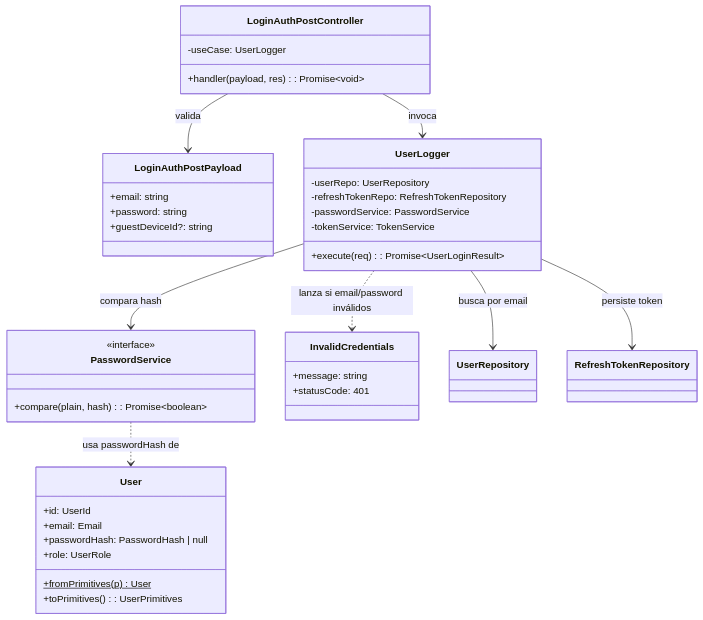
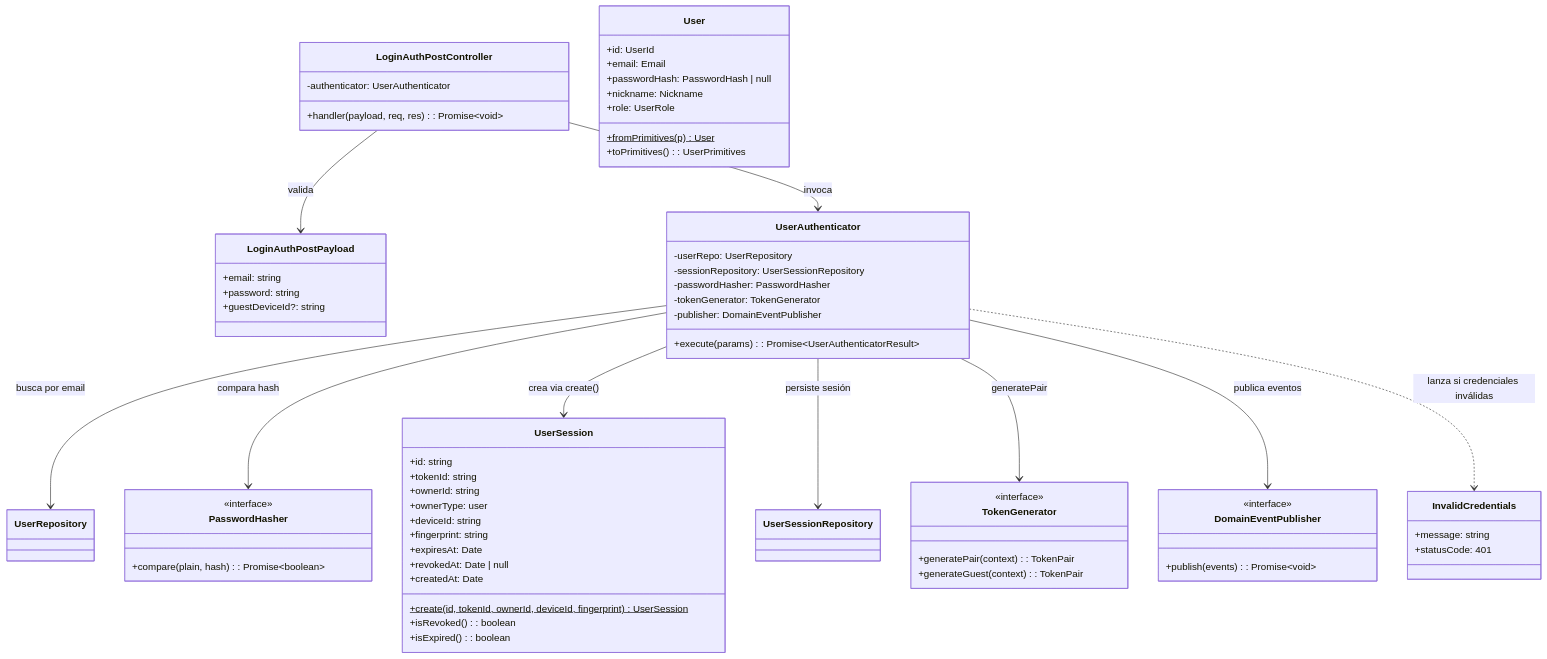
The diagram in docs/apps/api/identity/login/classes.md (AbrahamVilchesDeLaCruz/ididntcatchthat), drawn with Mermaid before and after one commit. The commit also changed 184 other files, not shown here.

````diff
--- a/docs/apps/api/identity/login/classes.md
+++ b/docs/apps/api/identity/login/classes.md
@@ -5,48 +5,78 @@
 ```mermaid
 classDiagram
     class LoginAuthPostController {
-        -useCase: UserLogger
-        +handler(payload, res): Promise~void~
+        -authenticator: UserAuthenticator
+        +handler(payload, req, res): Promise~void~
     }
 
     class LoginAuthPostPayload {
         +email: string
         +password: string
         +guestDeviceId?: string
     }
 
-    class UserLogger {
+    class UserAuthenticator {
         -userRepo: UserRepository
-        -refreshTokenRepo: RefreshTokenRepository
-        -passwordService: PasswordService
-        -tokenService: TokenService
-        +execute(req): Promise~UserLoginResult~
+        -sessionRepository: UserSessionRepository
+        -passwordHasher: PasswordHasher
+        -tokenGenerator: TokenGenerator
+        -publisher: DomainEventPublisher
+        +execute(params): Promise~UserAuthenticatorResult~
     }
 
     class User {
         +id: UserId
         +email: Email
         +passwordHash: PasswordHash | null
+        +nickname: Nickname
         +role: UserRole
         +fromPrimitives(p)$ User
         +toPrimitives(): UserPrimitives
     }
 
-    class PasswordService {
+    class UserSession {
+        +id: string
+        +tokenId: string
+        +ownerId: string
+        +ownerType: user
+        +deviceId: string
+        +fingerprint: string
+        +expiresAt: Date
+        +revokedAt: Date | null
+        +createdAt: Date
+        +create(id, tokenId, ownerId, deviceId, fingerprint)$ UserSession
+        +isRevoked(): boolean
+        +isExpired(): boolean
+    }
+
+    class TokenGenerator {
+        <<interface>>
+        +generatePair(context): TokenPair
+        +generateGuest(context): TokenPair
+    }
+
+    class PasswordHasher {
         <<interface>>
         +compare(plain, hash): Promise~boolean~
+    }
+
+    class DomainEventPublisher {
+        <<interface>>
+        +publish(events): Promise~void~
     }
 
     class InvalidCredentials {
         +message: string
         +statusCode: 401
     }
 
     LoginAuthPostController --> LoginAuthPostPayload : valida
-    LoginAuthPostController --> UserLogger : invoca
-    UserLogger --> UserRepository : busca por email
-    UserLogger --> PasswordService : compara hash
-    UserLogger --> RefreshTokenRepository : persiste token
-    UserLogger ..> InvalidCredentials : lanza si email/password inválidos
-    PasswordService ..> User : usa passwordHash de
+    LoginAuthPostController --> UserAuthenticator : invoca
+    UserAuthenticator --> UserRepository : busca por email
+    UserAuthenticator --> PasswordHasher : compara hash
+    UserAuthenticator --> UserSession : crea via create()
+    UserAuthenticator --> UserSessionRepository : persiste sesión
+    UserAuthenticator --> TokenGenerator : generatePair
+    UserAuthenticator --> DomainEventPublisher : publica eventos
+    UserAuthenticator ..> InvalidCredentials : lanza si credenciales inválidas
 ```
````
